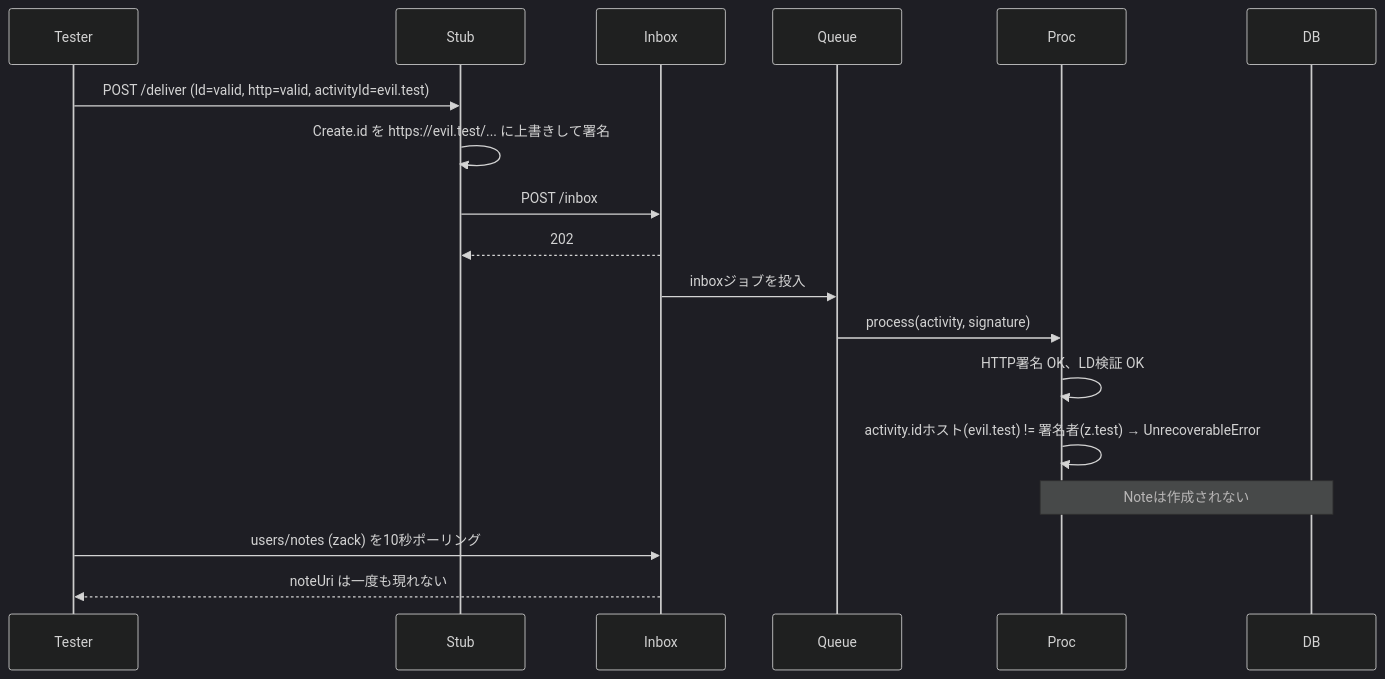
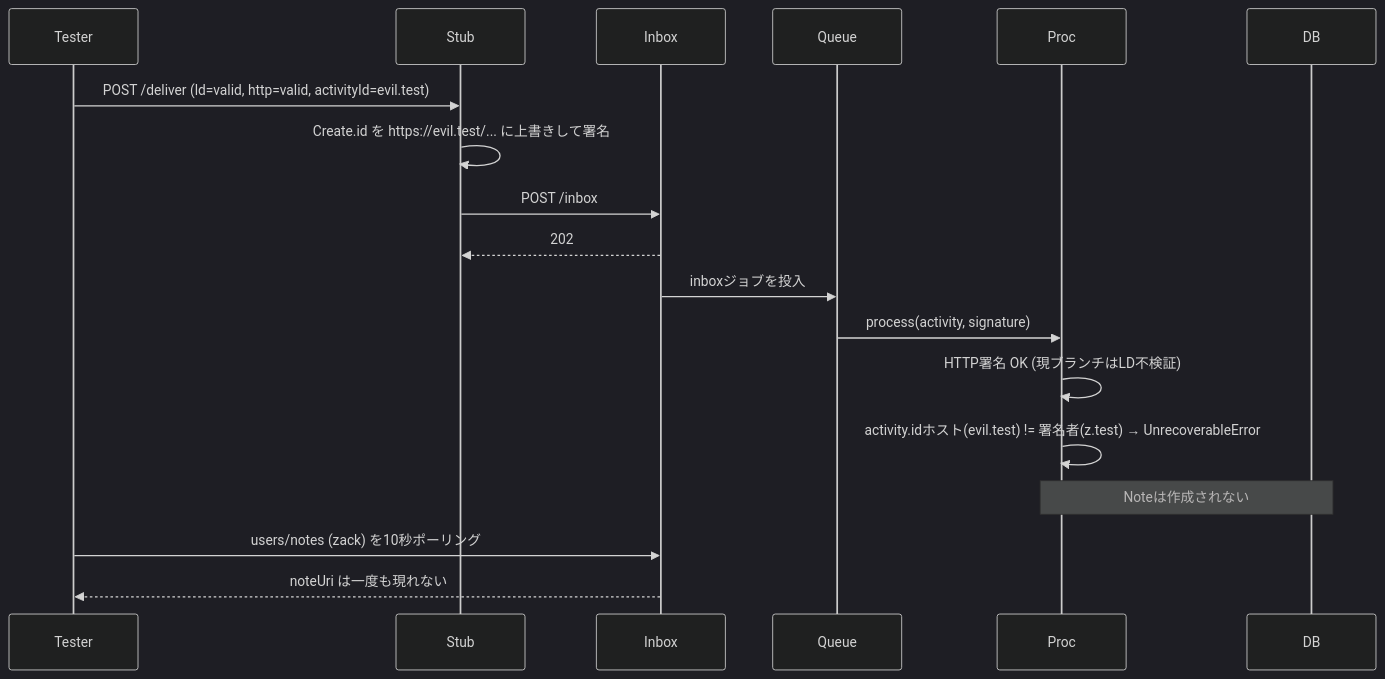
One commit to 4ster1sk/cherrypick changed diagram 11 of 11 in packages/backend/test-federation/test/json-ld-signature.sequence.md. Above: the diagram before and after it, drawn with Mermaid (dark theme). The commit also changed other lines of this file and 3 other files, not shown here.

````diff
--- a/packages/backend/test-federation/test/json-ld-signature.sequence.md
+++ b/packages/backend/test-federation/test/json-ld-signature.sequence.md
@@ -194,14 +194,14 @@
 ```mermaid
 sequenceDiagram
     Tester->>Stub: POST /deliver (ld=valid, http=valid, activityId=evil.test)
     Stub->>Stub: Create.id を https://evil.test/... に上書きして署名
     Stub->>Inbox: POST /inbox
     Inbox-->>Stub: 202
     Inbox->>Queue: inboxジョブを投入
     Queue->>Proc: process(activity, signature)
-    Proc->>Proc: HTTP署名 OK、LD検証 OK
+    Proc->>Proc: HTTP署名 OK (現ブランチはLD不検証)
     Proc->>Proc: activity.idホスト(evil.test) != 署名者(z.test) → UnrecoverableError
     Note over Proc,DB: Noteは作成されない
     Tester->>Inbox: users/notes (zack) を10秒ポーリング
     Inbox-->>Tester: noteUri は一度も現れない
 ```
````
